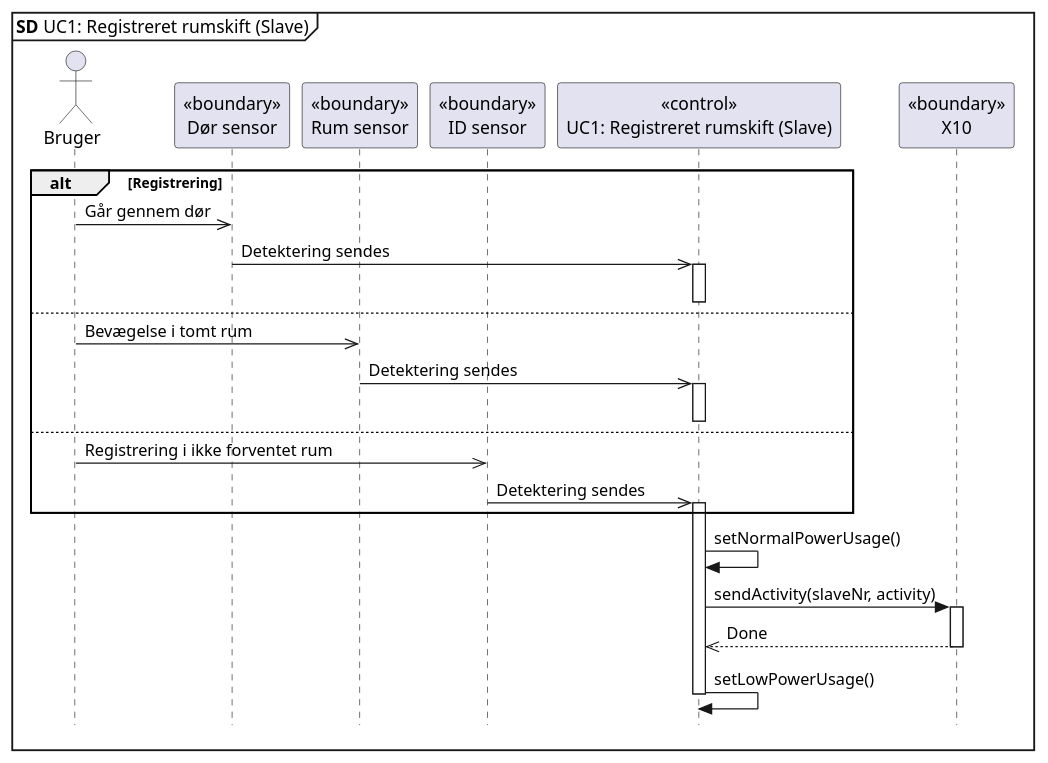
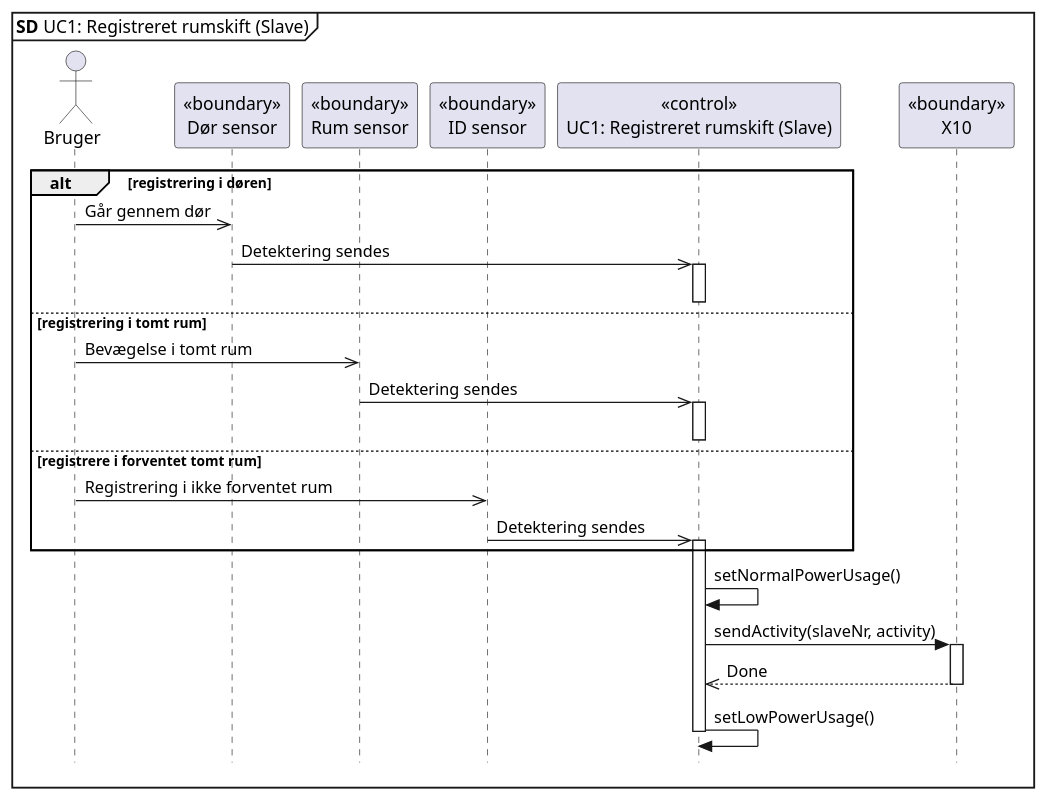
Before and after one commit to Tukkel/Projekt_2: the diagram in Updated SysML/Software Arkitektur-Design/UC1 AM/UC1 SD Slave.puml, drawn with PlantUML.

Commit message:
opdateret alt

```diff
--- a/Updated SysML/Software Arkitektur-Design/UC1 AM/UC1 SD Slave.puml
+++ b/Updated SysML/Software Arkitektur-Design/UC1 AM/UC1 SD Slave.puml
@@ -1,36 +1,36 @@
 @startuml UC1 SD Slave
 skinparam style strictuml
 
 mainframe **SD** UC1: Registreret rumskift (Slave)
 
 actor Bruger as bruger
 participant "<<boundary>>\nDør sensor" as dør
 participant "<<boundary>>\nRum sensor" as rum
 participant "<<boundary>>\nID sensor" as ID
 participant "<<control>>\nUC1: Registreret rumskift (Slave)" as slave
 participant "<<boundary>>\nX10" as X10
 
 
-alt Registrering
+alt registrering i døren
 bruger ->> dør : Går gennem dør
 dør ->> slave : Detektering sendes
 activate slave
-else 
+else registrering i tomt rum
 deactivate slave
 bruger ->> rum : Bevægelse i tomt rum
 rum ->> slave : Detektering sendes
 activate slave
-else
+else registrere i forventet tomt rum
 deactivate slave
 bruger ->> ID : Registrering i ikke forventet rum
 ID ->> slave : Detektering sendes
 activate slave
 end
 slave -> slave : setNormalPowerUsage()
 slave -> X10 : sendActivity(slaveNr, activity)
 activate X10
 slave <<-- X10 : Done
 deactivate X10
 slave -> slave : setLowPowerUsage()
 deactivate slave
 @enduml
```
